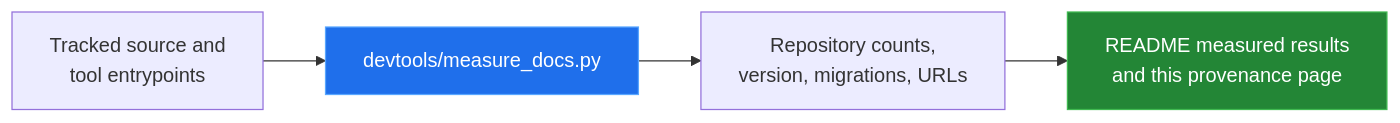
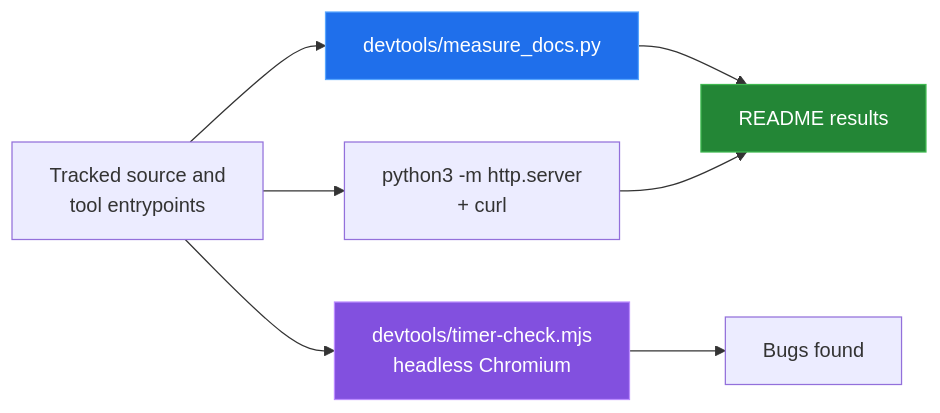
One commit to Bissbert/project-planning-tools changed the diagram in docs/measurement.md. Above: the diagram before and after it, drawn with Mermaid. The commit also changed other lines of this file and 8 other files, not shown here.

````diff
--- a/docs/measurement.md
+++ b/docs/measurement.md
@@ -23,9 +26,13 @@
 ```mermaid
 flowchart LR
     S["Tracked source and<br/>tool entrypoints"] --> M["devtools/measure_docs.py"]
-    M --> C["Repository counts,<br/>version, migrations, URLs"]
-    C --> R["README measured results<br/>and this provenance page"]
+    S --> H["python3 -m http.server<br/>+ curl"]
+    S --> T["devtools/timer-check.mjs<br/>headless Chromium"]
+    M --> R["README results"]
+    H --> R
+    T --> B["Bugs found"]
 
     style M fill:#1f6feb,stroke:#58a6ff,color:#fff
+    style T fill:#8250df,stroke:#bc8cff,color:#fff
     style R fill:#238636,stroke:#3fb950,color:#fff
 ```
````
